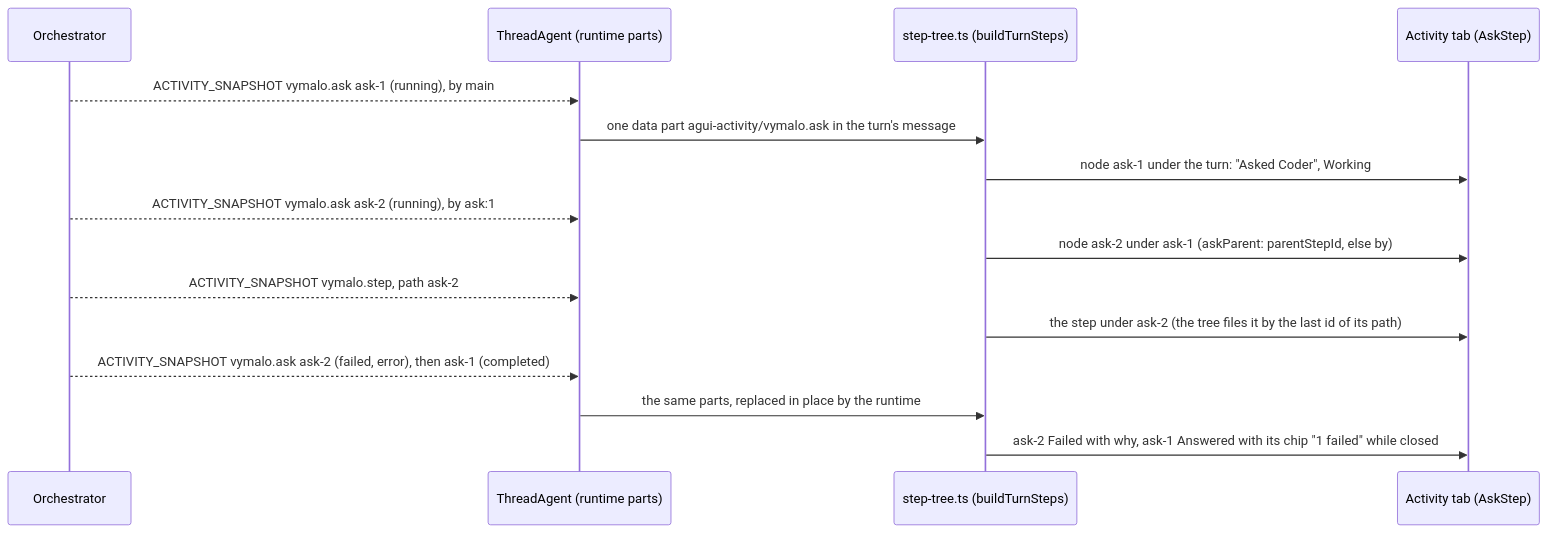
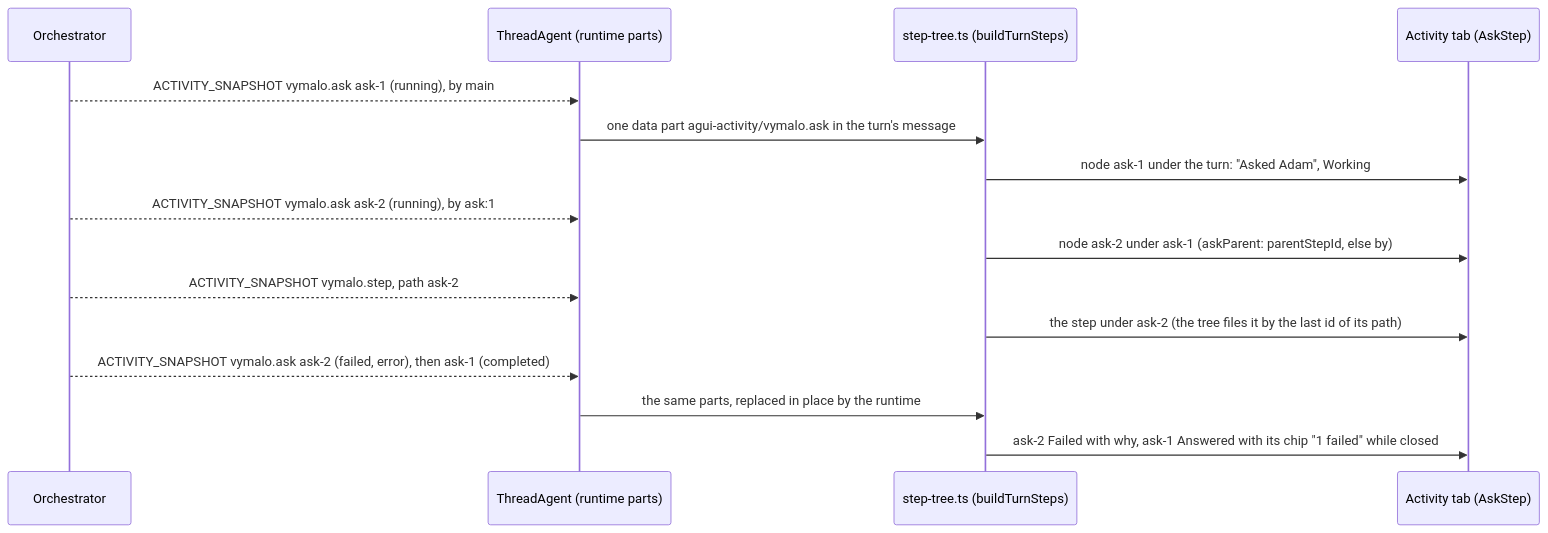
Before and after one commit to vymalo/another-agentic-system: diagram 17 of 30 in web/README.md, drawn with Mermaid. The commit also changed other lines of this file and 126 other files, not shown here.

First line of the commit message:
feat: the coder is shown as Adam, agents have aliases, and the chat has sub-agents (#194)

````diff
--- a/web/README.md
+++ b/web/README.md
@@ -943,17 +945,17 @@
 ```mermaid
 sequenceDiagram
   participant O as Orchestrator
   participant T as ThreadAgent (runtime parts)
   participant B as step-tree.ts (buildTurnSteps)
   participant P as Activity tab (AskStep)
   O-->>T: ACTIVITY_SNAPSHOT vymalo.ask ask-1 (running), by main
   T->>B: one data part agui-activity/vymalo.ask in the turn's message
-  B->>P: node ask-1 under the turn: "Asked Coder", Working
+  B->>P: node ask-1 under the turn: "Asked Adam", Working
   O-->>T: ACTIVITY_SNAPSHOT vymalo.ask ask-2 (running), by ask:1
   B->>P: node ask-2 under ask-1 (askParent: parentStepId, else by)
   O-->>T: ACTIVITY_SNAPSHOT vymalo.step, path ask-2
   B->>P: the step under ask-2 (the tree files it by the last id of its path)
   O-->>T: ACTIVITY_SNAPSHOT vymalo.ask ask-2 (failed, error), then ask-1 (completed)
   T->>B: the same parts, replaced in place by the runtime
   B->>P: ask-2 Failed with why, ask-1 Answered with its chip "1 failed" while closed
 ```
````
